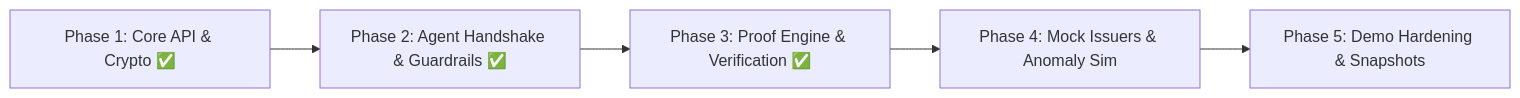
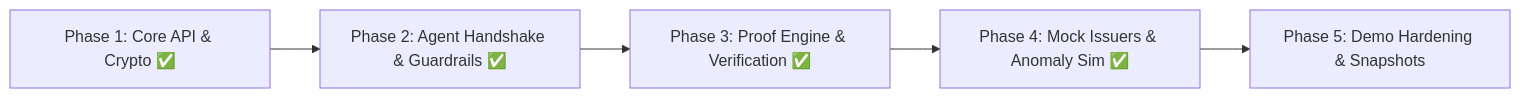
One commit to Jagadish-s-naik/openvyapar changed the diagram in backend/PLAN.md. Above: the diagram before and after it, drawn with Mermaid. The commit also changed other lines of this file and 6 other files, not shown here.

````diff
--- a/backend/PLAN.md
+++ b/backend/PLAN.md
@@ -30,7 +30,7 @@
 ```mermaid
 graph LR
     Phase1[Phase 1: Core API & Crypto ✅] --> Phase2[Phase 2: Agent Handshake & Guardrails ✅]
     Phase2 --> Phase3[Phase 3: Proof Engine & Verification ✅]
-    Phase3 --> Phase4[Phase 4: Mock Issuers & Anomaly Sim]
+    Phase3 --> Phase4[Phase 4: Mock Issuers & Anomaly Sim ✅]
     Phase4 --> Phase5[Phase 5: Demo Hardening & Snapshots]
 ```
````
